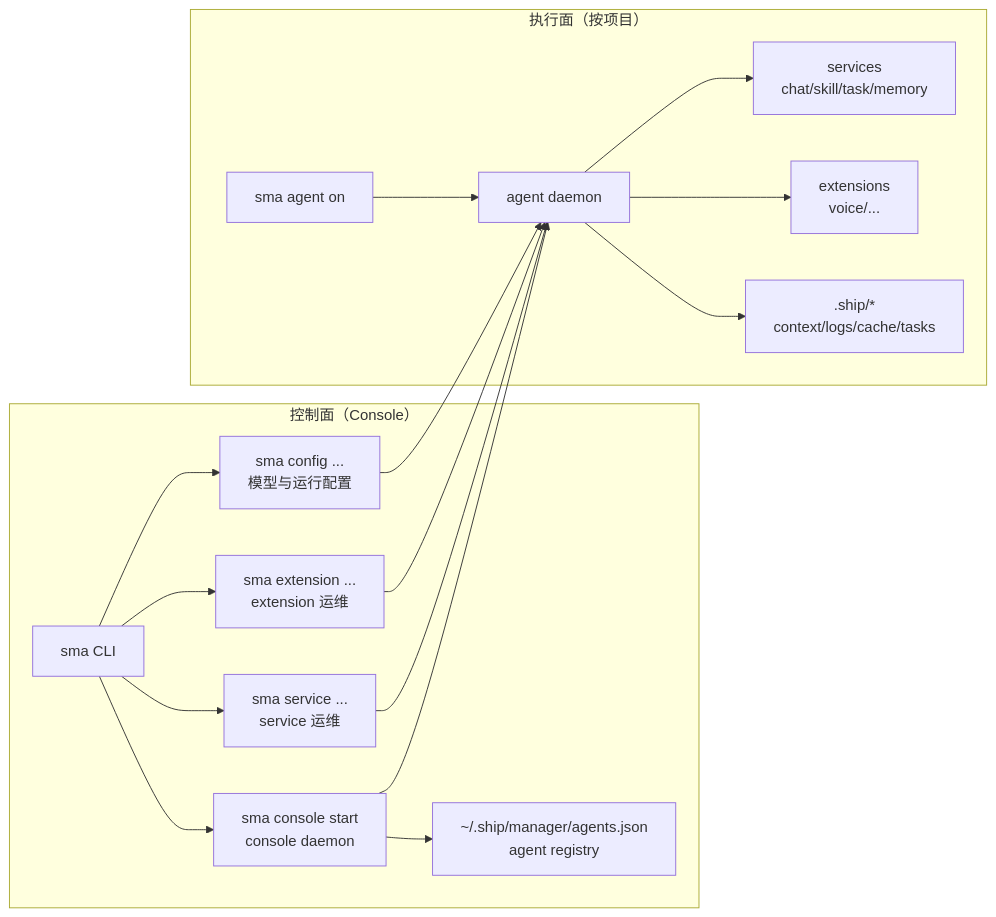
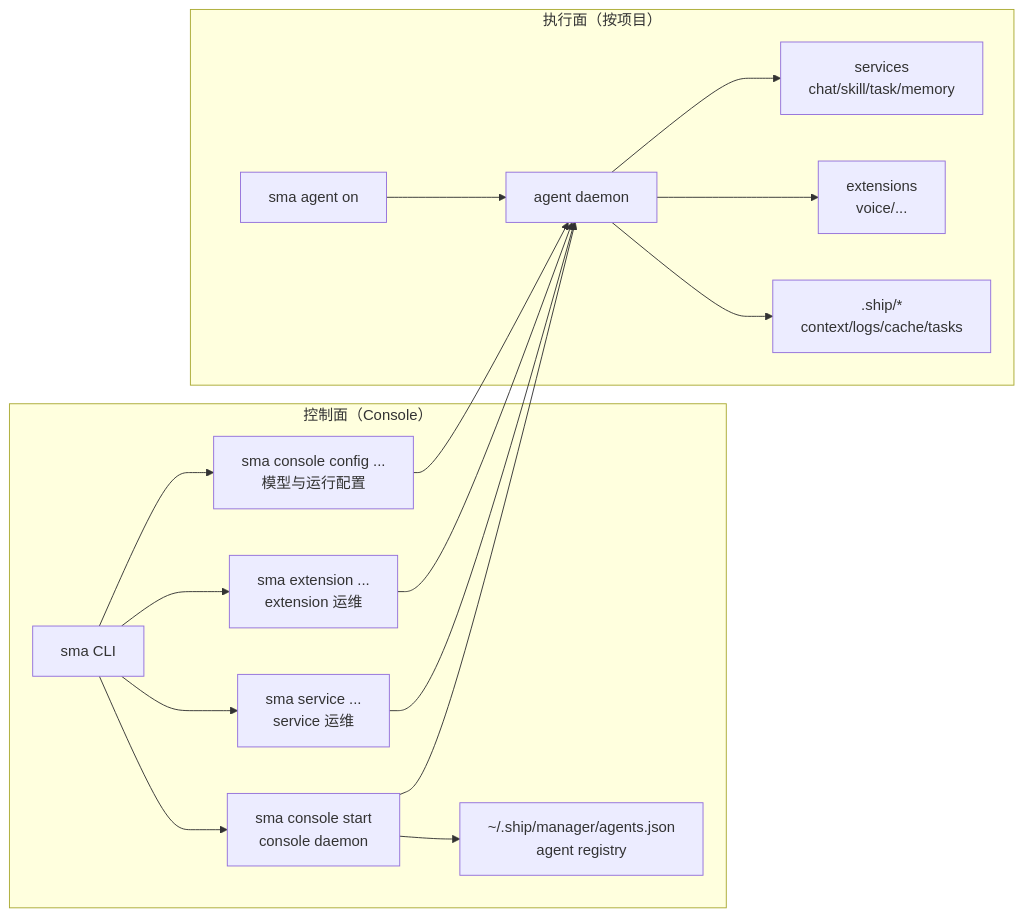
The first of 2 diagrams in homepage/content/docs/zh/concepts/logic-map.mdx (wangenius/downcity), drawn with Mermaid before and after one commit. The commit also changed other lines of this file and 87 other files, not shown here.

````diff
--- a/homepage/content/docs/zh/concepts/logic-map.mdx
+++ b/homepage/content/docs/zh/concepts/logic-map.mdx
@@ -22,22 +22,22 @@
 ```mermaid
 flowchart LR
   subgraph CP[控制面（Console）]
     CLI[sma CLI] --> CONSOLE[sma console start\nconsole daemon]
-    CLI --> CFG[sma config ...\n模型与运行配置]
+    CLI --> CFG[sma console config ...\n模型与运行配置]
     CLI --> SVCOPS[sma service ...\nservice 运维]
     CLI --> EXTOPS[sma extension ...\nextension 运维]
     CONSOLE --> REG[~/.ship/manager/agents.json\nagent registry]
   end
 
   subgraph DP[执行面（按项目）]
     AGENTCMD[sma agent on] --> AGENTD[agent daemon]
     AGENTD --> SERVICES[services\nchat/skill/task/memory]
     AGENTD --> EXTS[extensions\nvoice/...]
     AGENTD --> SHIP[.ship/*\ncontext/logs/cache/tasks]
   end
 
   CONSOLE --> AGENTD
   SVCOPS --> AGENTD
   EXTOPS --> AGENTD
   CFG --> AGENTD
 ```
````
